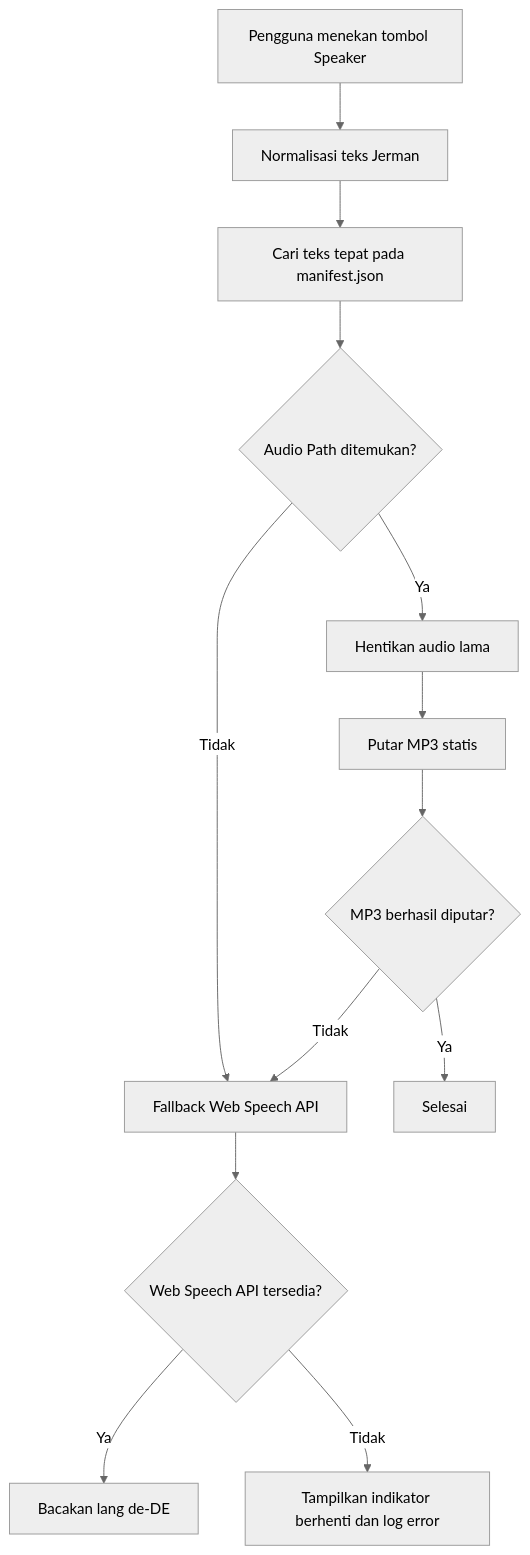
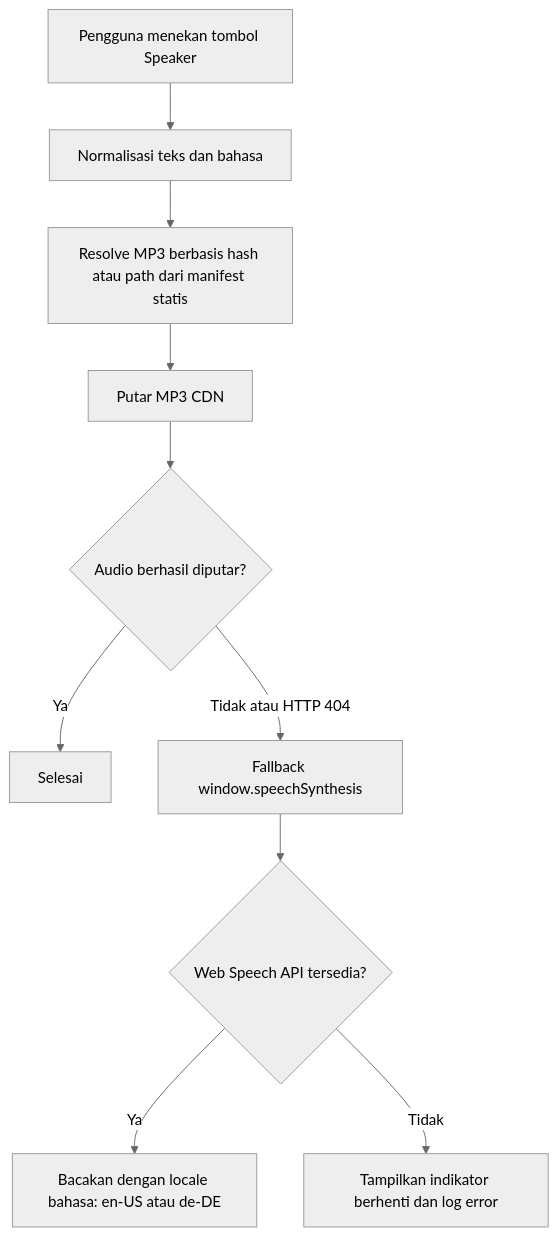
Before and after one commit to nandayudhistirawibowo/NdUniverse: diagram 17 of 19 in FLOWCHART.md, drawn with Mermaid (neutral theme). The commit also changed other lines of this file and 12 other files, not shown here.

````diff
--- a/FLOWCHART.md
+++ b/FLOWCHART.md
@@ -294,15 +325,12 @@
 ```mermaid
 flowchart TD
-    A[Pengguna menekan tombol Speaker] --> B[Normalisasi teks Jerman]
-    B --> C[Cari teks tepat pada manifest.json]
-    C --> D{Audio Path ditemukan?}
-    D -->|Tidak| E[Fallback Web Speech API]
-    D -->|Ya| F[Hentikan audio lama]
-    F --> G[Putar MP3 statis]
-    G --> H{MP3 berhasil diputar?}
-    H -->|Ya| I[Selesai]
-    H -->|Tidak| E
-    E --> J{Web Speech API tersedia?}
-    J -->|Ya| K[Bacakan lang de-DE]
-    J -->|Tidak| L[Tampilkan indikator berhenti dan log error]
+    A[Pengguna menekan tombol Speaker] --> B[Normalisasi teks dan bahasa]
+    B --> C[Resolve MP3 berbasis hash atau path dari manifest statis]
+    C --> D[Putar MP3 CDN]
+    D --> E{Audio berhasil diputar?}
+    E -->|Ya| F[Selesai]
+    E -->|Tidak atau HTTP 404| G[Fallback window.speechSynthesis]
+    G --> H{Web Speech API tersedia?}
+    H -->|Ya| I[Bacakan dengan locale bahasa: en-US atau de-DE]
+    H -->|Tidak| J[Tampilkan indikator berhenti dan log error]
 ```
````
